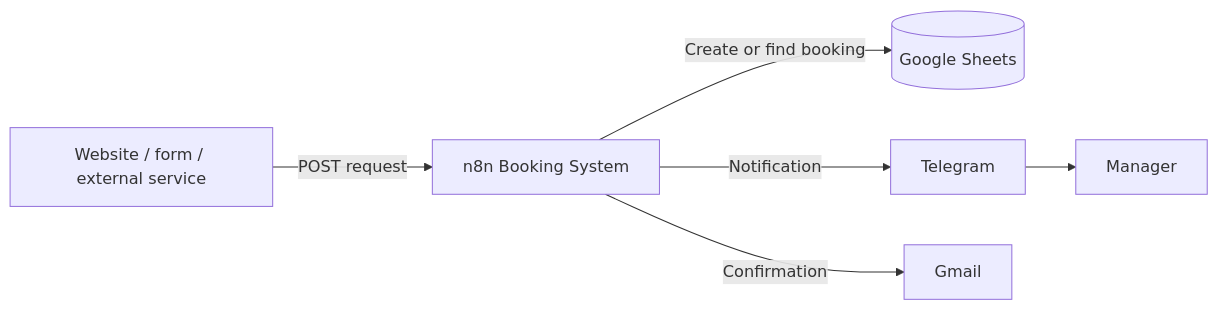
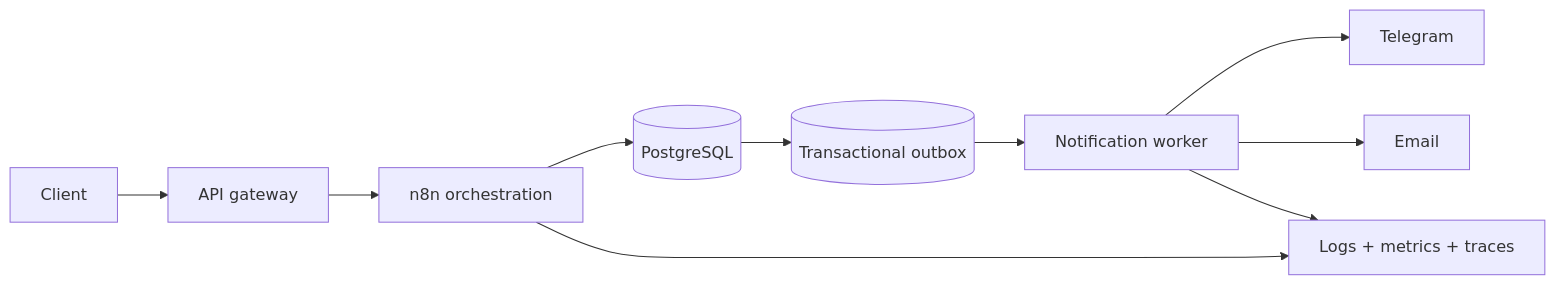
The second of 2 diagrams in 08-barbershop-booking-api/docs/ARCHITECTURE.md (Andy-randy/n8n-portfolio), drawn with Mermaid before and after one commit. The commit also changed other lines of this file and 98 other files, not shown here.

````diff
--- a/08-barbershop-booking-api/docs/ARCHITECTURE.md
+++ b/08-barbershop-booking-api/docs/ARCHITECTURE.md
@@ -107,15 +156,12 @@
 ```mermaid
 flowchart LR
-    Source[Website / form / external service]
-    N8N[n8n Booking System]
-    Sheets[(Google Sheets)]
-    Telegram[Telegram]
-    Gmail[Gmail]
-    Manager[Manager]
-
-    Source -->|POST request| N8N
-    N8N -->|Create or find booking| Sheets
-    N8N -->|Notification| Telegram
-    Telegram --> Manager
-    N8N -->|Confirmation| Gmail
+    Client --> Gateway[API gateway]
+    Gateway --> API[n8n orchestration]
+    API --> DB[(PostgreSQL)]
+    DB --> Outbox[(Transactional outbox)]
+    Outbox --> Worker[Notification worker]
+    Worker --> Telegram[Telegram]
+    Worker --> Email[Email]
+    API --> Observability[Logs + metrics + traces]
+    Worker --> Observability
 ```
````
